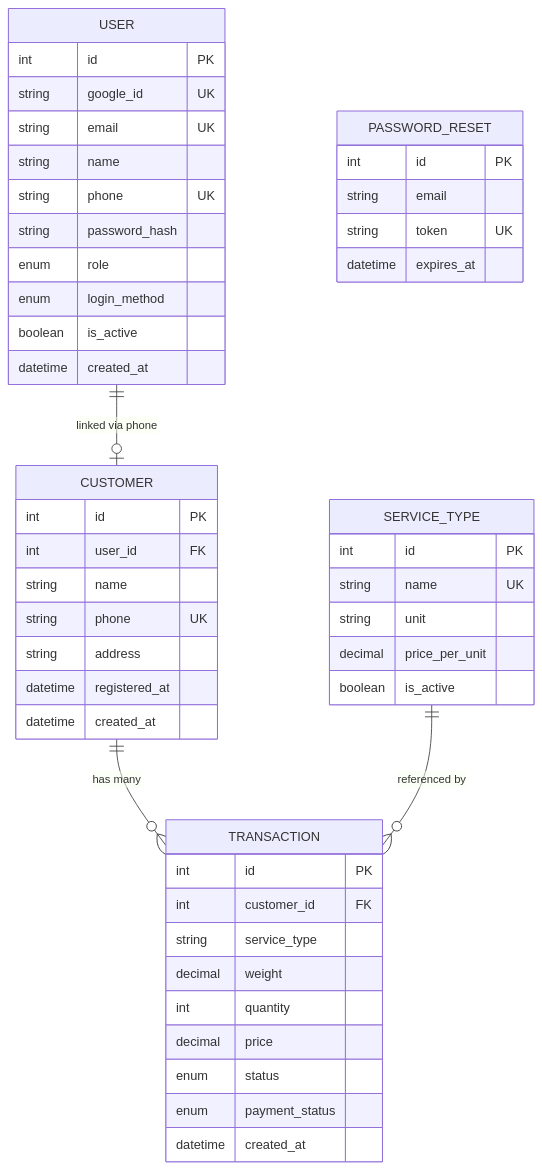
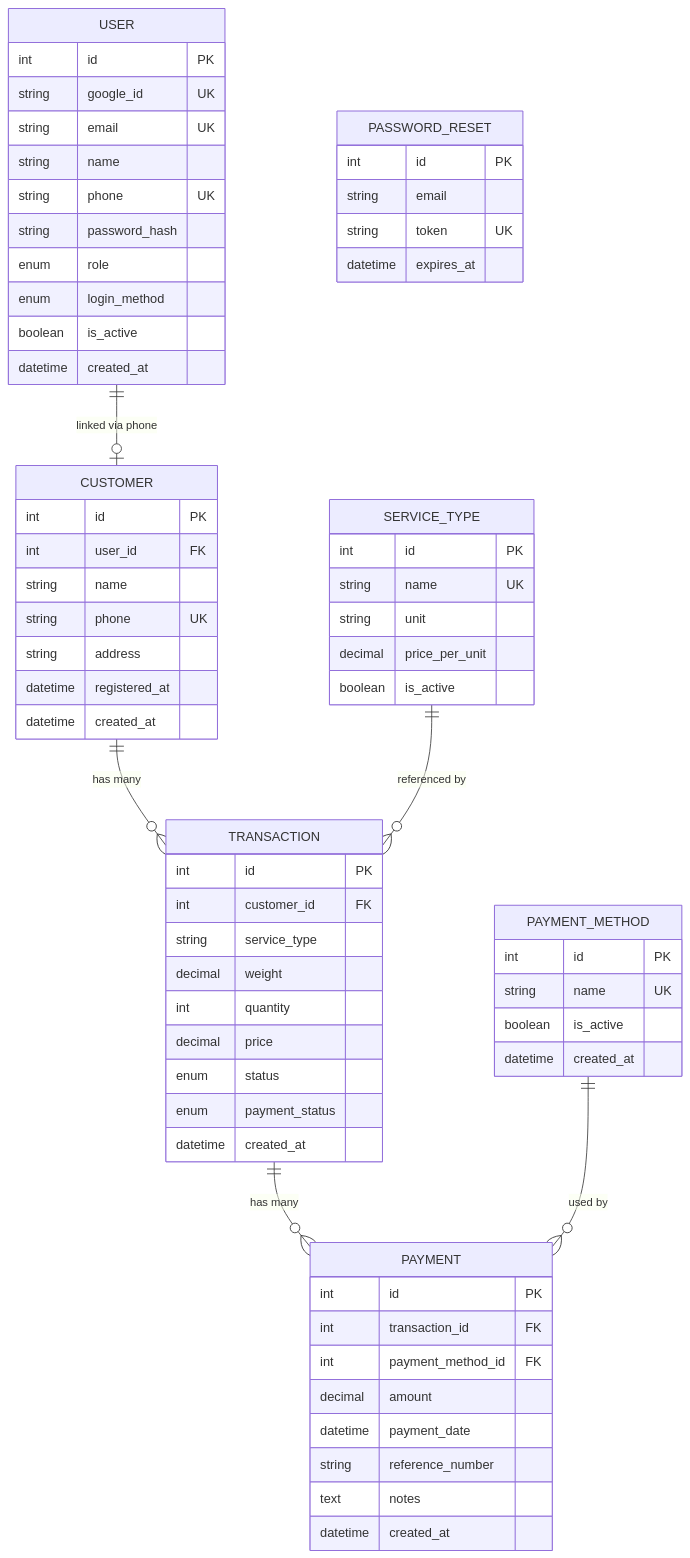
Before and after one commit to qifor27/laundry-D-four-system: the diagram in docs/class-diagram.md, drawn with Mermaid. The commit also changed other lines of this file and 45 other files, not shown here.

Commit message:
feat(docs): add presentation materials and secure Midtrans config - Add materi-presentasi-sidang-pbl.md/docx for PBL defense - Add materi-slide-ppt.md/docx with 8-slide content - Add ERD, BPMN diagrams and images - Update Midtrans config to use .env (security fix) - Add .env.example template

````diff
--- a/docs/class-diagram.md
+++ b/docs/class-diagram.md
@@ -154,56 +207,76 @@
 ```mermaid
 erDiagram
     USER {
         int id PK
         string google_id UK
         string email UK
         string name
         string phone UK
         string password_hash
         enum role
         enum login_method
         boolean is_active
         datetime created_at
     }
     
     CUSTOMER {
         int id PK
         int user_id FK
         string name
         string phone UK
         string address
         datetime registered_at
         datetime created_at
     }
     
     TRANSACTION {
         int id PK
         int customer_id FK
         string service_type
         decimal weight
         int quantity
         decimal price
         enum status
         enum payment_status
         datetime created_at
     }
     
     SERVICE_TYPE {
         int id PK
         string name UK
         string unit
         decimal price_per_unit
         boolean is_active
     }
     
     PASSWORD_RESET {
         int id PK
         string email
         string token UK
         datetime expires_at
     }
     
+    PAYMENT_METHOD {
+        int id PK
+        string name UK
+        boolean is_active
+        datetime created_at
+    }
+    
+    PAYMENT {
+        int id PK
+        int transaction_id FK
+        int payment_method_id FK
+        decimal amount
+        datetime payment_date
+        string reference_number
+        text notes
+        datetime created_at
+    }
+    
     USER ||--o| CUSTOMER : "linked via phone"
     CUSTOMER ||--o{ TRANSACTION : "has many"
     SERVICE_TYPE ||--o{ TRANSACTION : "referenced by"
+    TRANSACTION ||--o{ PAYMENT : "has many"
+    PAYMENT_METHOD ||--o{ PAYMENT : "used by"
 ```
````
